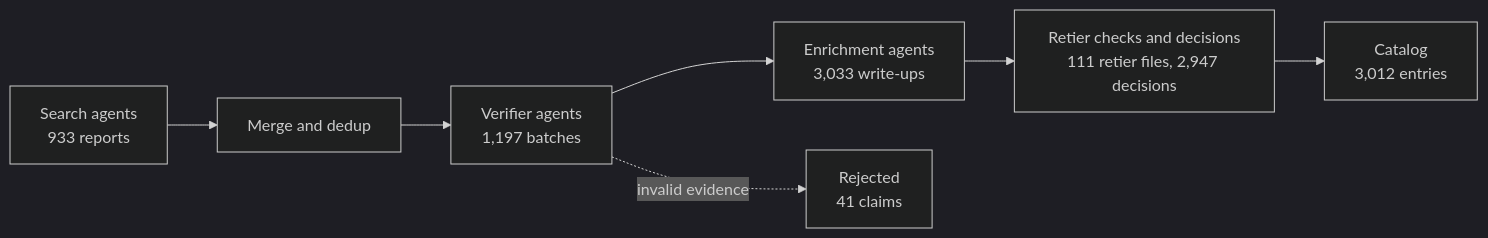
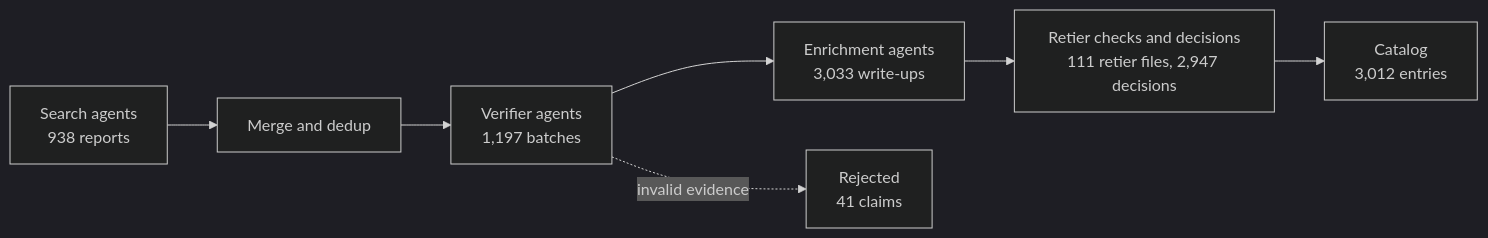
The diagram in README.md (harrisjib216/fastplusplus), drawn with Mermaid (dark theme) before and after one commit. The commit also changed 7 other files, not shown here.

````diff
--- a/README.md
+++ b/README.md
@@ -116,9 +116,9 @@
 ```mermaid
 flowchart LR
-  S["Search agents<br/>933 reports"] --> M["Merge and dedup"]
+  S["Search agents<br/>938 reports"] --> M["Merge and dedup"]
   M --> V["Verifier agents<br/>1,197 batches"]
   V --> E["Enrichment agents<br/>3,033 write-ups"]
   E --> R["Retier checks and decisions<br/>111 retier files, 2,947 decisions"]
   R --> C["Catalog<br/>3,012 entries"]
   V -. invalid evidence .-> X["Rejected<br/>41 claims"]
 ```
````
